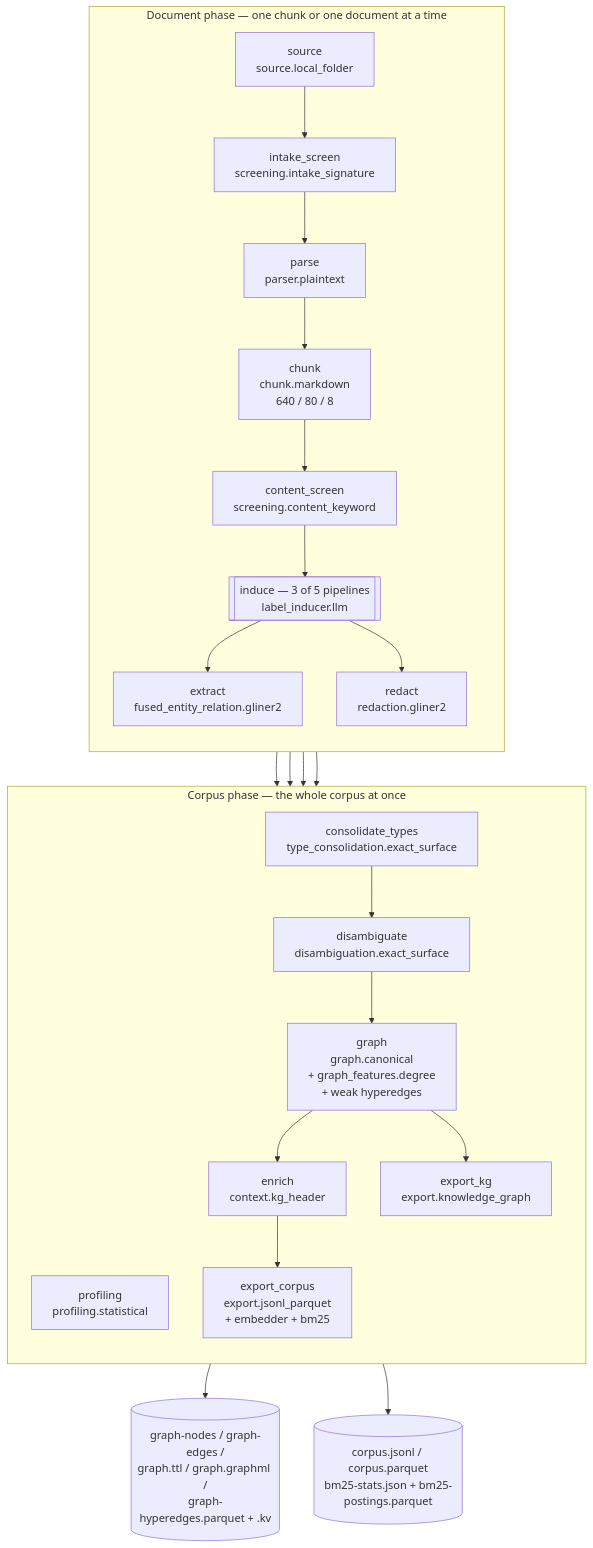
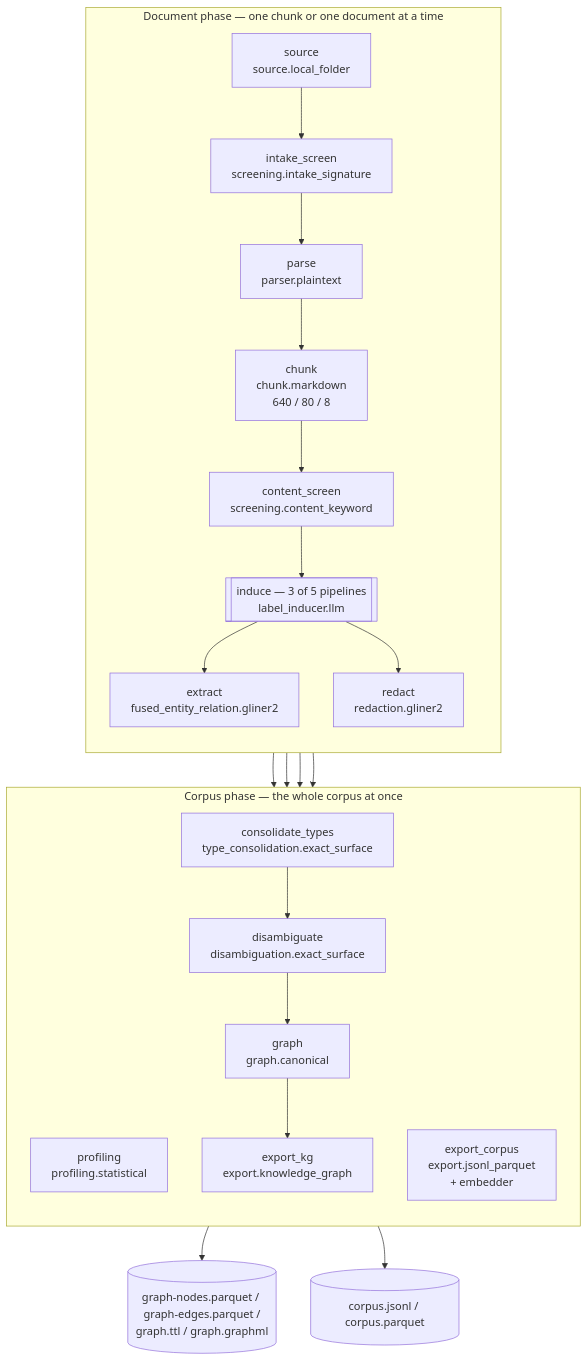
One commit to ddickmann/latence changed the diagram in docs/anatomy/index.md. Above: the diagram before and after it, drawn with Mermaid. The commit also changed other lines of this file, not shown here.

````diff
--- a/docs/anatomy/index.md
+++ b/docs/anatomy/index.md
@@ -53,31 +55,30 @@
 ```mermaid
 flowchart TB
     subgraph DocPhase["Document phase — one chunk or one document at a time"]
         direction TB
         SRC[source<br/>source.local_folder] --> INT[intake_screen<br/>screening.intake_signature]
         INT --> PAR[parse<br/>parser.plaintext]
         PAR --> CHK[chunk<br/>chunk.markdown<br/>640 / 80 / 8]
         CHK --> CSC[content_screen<br/>screening.content_keyword]
         CSC --> IND[["induce — 3 of 5 pipelines<br/>label_inducer.llm"]]
         IND --> EXT[extract<br/>fused_entity_relation.gliner2]
         IND --> RED[redact<br/>redaction.gliner2]
     end
 
     subgraph CorpusPhase["Corpus phase — the whole corpus at once"]
         direction TB
         PRO[profiling<br/>profiling.statistical]
         TYP[consolidate_types<br/>type_consolidation.exact_surface] --> DIS[disambiguate<br/>disambiguation.exact_surface]
-        DIS --> GPH[graph<br/>graph.canonical<br/>+ graph_features.degree<br/>+ weak hyperedges]
-        GPH --> ENR[enrich<br/>context.kg_header]
+        DIS --> GPH[graph<br/>graph.canonical]
         GPH --> XKG[export_kg<br/>export.knowledge_graph]
-        ENR --> XCO[export_corpus<br/>export.jsonl_parquet<br/>+ embedder + bm25]
+        XCO[export_corpus<br/>export.jsonl_parquet<br/>+ embedder]
     end
 
     PAR --> PRO
     EXT --> PRO
     EXT --> TYP
-    RED --> ENR
+    RED --> XCO
 
-    XKG --> KGF[("graph-nodes / graph-edges /<br/>graph.ttl / graph.graphml /<br/>graph-hyperedges.parquet + .kv")]
-    XCO --> CPF[("corpus.jsonl / corpus.parquet<br/>bm25-stats.json + bm25-postings.parquet")]
+    XKG --> KGF[("graph-nodes.parquet / graph-edges.parquet /<br/>graph.ttl / graph.graphml")]
+    XCO --> CPF[("corpus.jsonl / corpus.parquet")]
 ```
````
